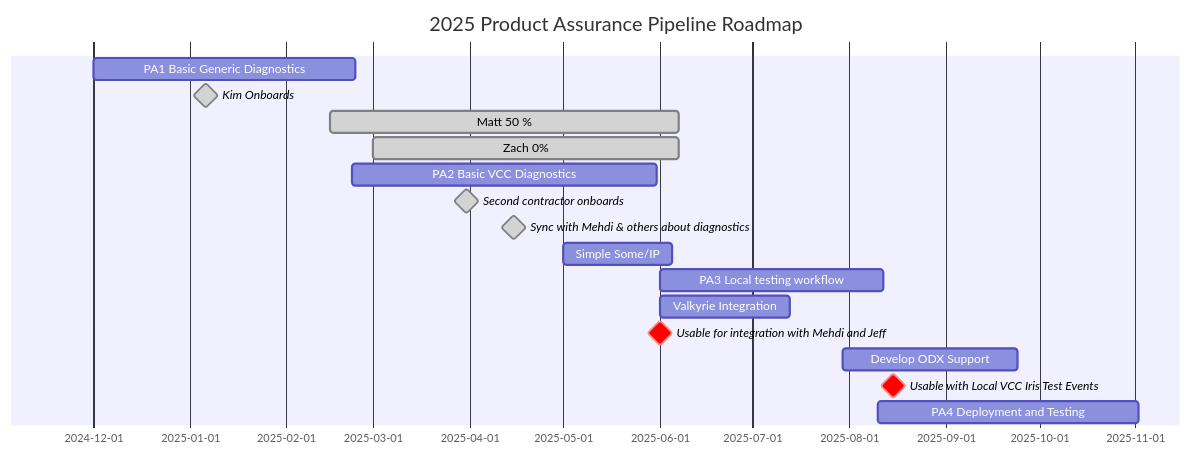
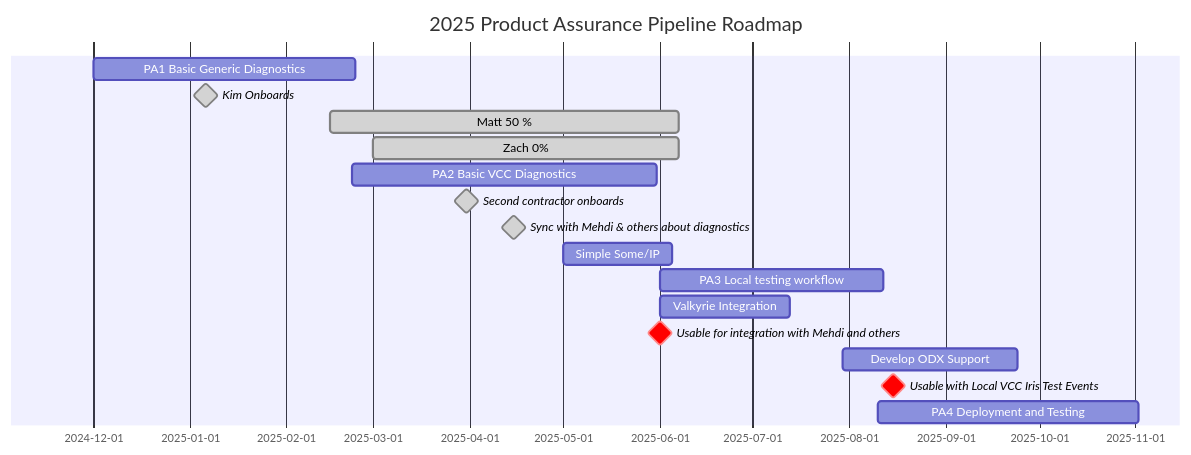
Before and after one commit to matthew-beisser/testing-automation-pipeline-3: the first of 3 diagrams in docs/README.md, drawn with Mermaid.

Commit message:
Update chart chart to remove jeff

````diff
--- a/docs/README.md
+++ b/docs/README.md
@@ -57,19 +57,19 @@
 ``` mermaid
 gantt
     title 2025 Product Assurance Pipeline Roadmap
     dateFormat  YYYY-MM
     PA1 Basic Generic Diagnostics: d1, 2024-12, 12w
     Kim Onboards:done, milestone, 2025-01-06, 0d
     Matt 50 %:done, 2025-02-15, 16w
     Zach 0%:done, 2025-03-01, 14w
     PA2 Basic VCC Diagnostics  :a1, 2025-02-22, 14w
     Second contractor onboards: milestone,done, 2025-03-31, 0d
     Sync with Mehdi & others about diagnostics:done, milestone, 2025-04-15, 0d
     Simple Some/IP : e1, 2025-05-01, 5w
     PA3 Local testing workflow :b1, 2025-06, 72d
     Valkyrie Integration: g1, 2025-06-01, 6w
-    Usable for integration with Mehdi and Jeff:crit, milestone, 2025-06-01, 0d
+    Usable for integration with Mehdi and others:crit, milestone, 2025-06-01, 0d
     Develop ODX Support: f1, 2025-07-30, 8w
     Usable with Local VCC Iris Test Events:crit, milestone, 2025-08-15, 0d
     PA4 Deployment and Testing  :c1, 2025-08-10, 12w
 ```
````
